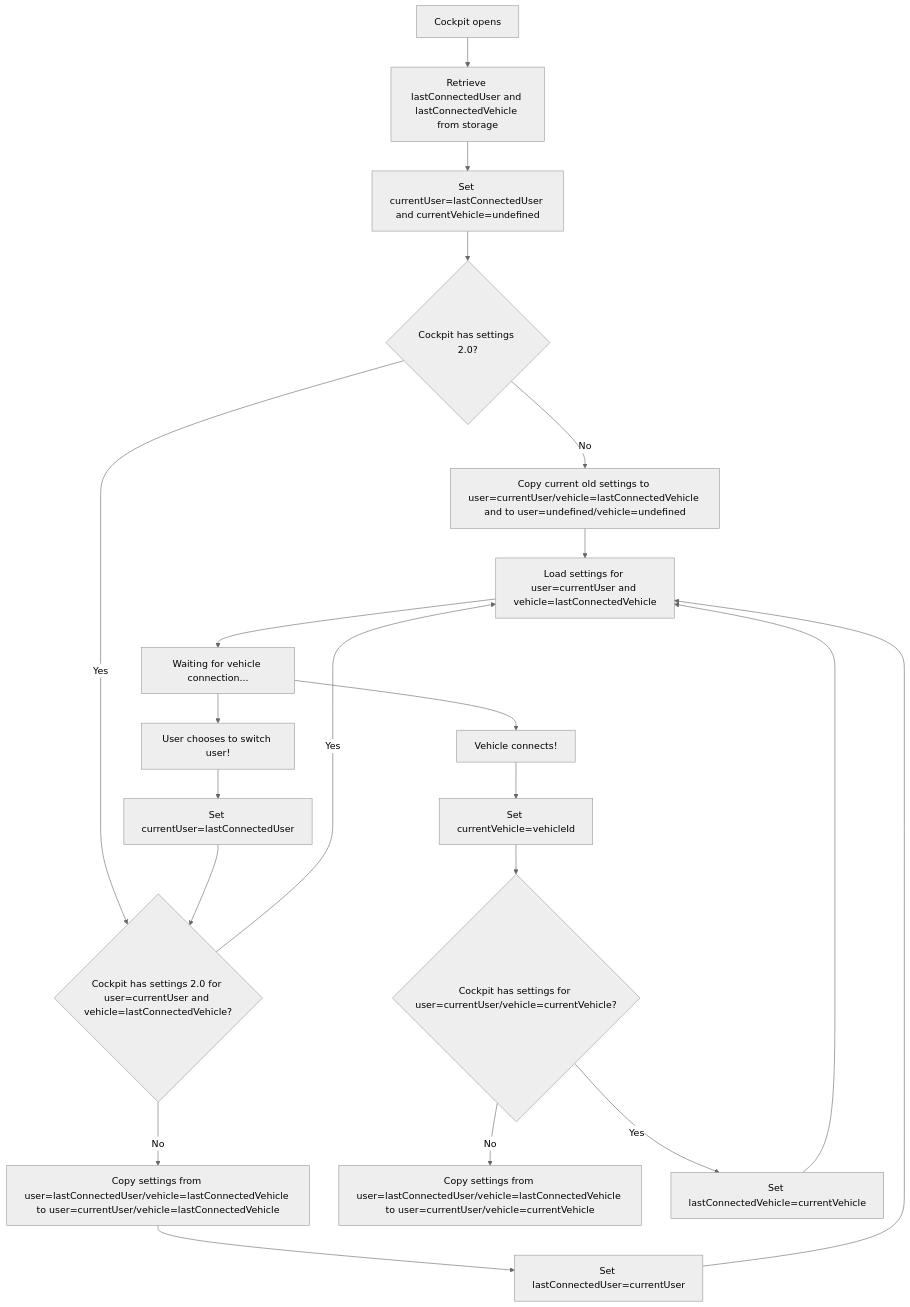
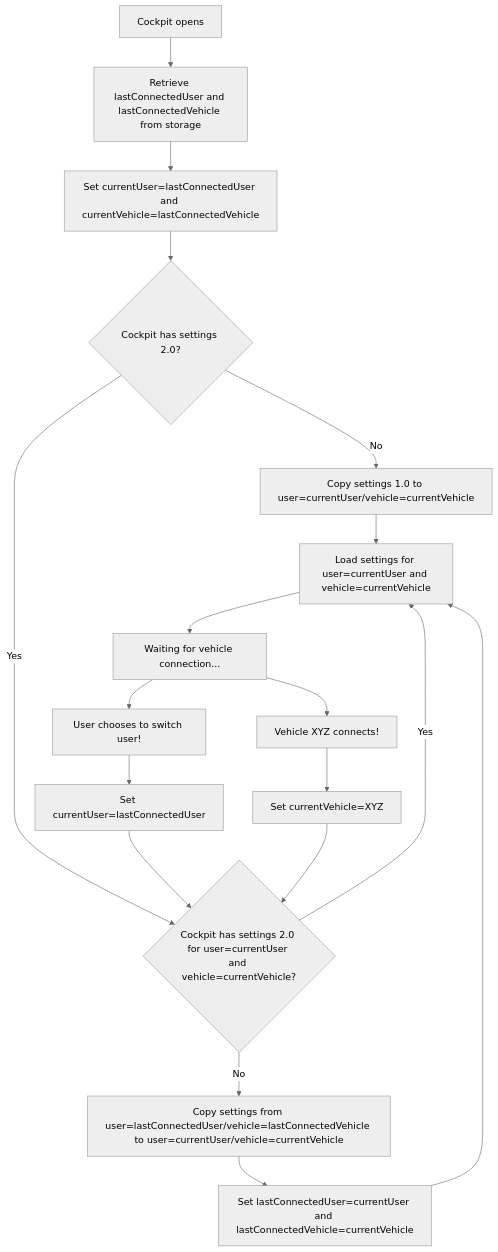
One commit to rafaellehmkuhl/cockpit-public changed the diagram in src/libs/settings-management.md. Above: the diagram before and after it, drawn with Mermaid (neutral theme).

Commit message:
getting there

````diff
--- a/src/libs/settings-management.md
+++ b/src/libs/settings-management.md
@@ -1,21 +1,19 @@
 ```mermaid
 graph TD;
     1[Cockpit opens]-->2A[Retrieve lastConnectedUser and lastConnectedVehicle from storage]
-    2A-->2B[Set currentUser=lastConnectedUser and currentVehicle=undefined]
+    2A-->2B[Set currentUser=lastConnectedUser and currentVehicle=lastConnectedVehicle]
     2B-->3{Cockpit has settings 2.0?}
-    3-->|No| 3A[Copy current old settings to user=currentUser/vehicle=lastConnectedVehicle and to user=undefined/vehicle=undefined]
-    3A-->3A1[Load settings for user=currentUser and vehicle=lastConnectedVehicle]
+    3-->|No| 3A[Copy settings 1.0 to user=currentUser/vehicle=currentVehicle]
+    3A-->3A1[Load settings for user=currentUser and vehicle=currentVehicle]
     3A1-->4[Waiting for vehicle connection...]
-    3-->|Yes| 3B{Cockpit has settings 2.0 for user=currentUser and vehicle=lastConnectedVehicle?}
-    3B-->|No| 3B1[Copy settings from user=lastConnectedUser/vehicle=lastConnectedVehicle to user=currentUser/vehicle=lastConnectedVehicle]
-    3B1-->3B1A[Set lastConnectedUser=currentUser]
+    3-->|Yes| 3B{Cockpit has settings 2.0 for user=currentUser and vehicle=currentVehicle?}
+    3B-->|No| 3B1[Copy settings from user=lastConnectedUser/vehicle=lastConnectedVehicle to user=currentUser/vehicle=currentVehicle]
+    3B1-->3B1A[Set lastConnectedUser=currentUser and lastConnectedVehicle=currentVehicle]
     3B1A-->3A1
     3B-->|Yes| 3A1
     4-->5A[User chooses to switch user!]
-    4-->5B[Vehicle connects!]
+    4-->5B[Vehicle XYZ connects!]
     5A-->5A1[Set currentUser=lastConnectedUser]-->3B
-    5B-->6[Set currentVehicle=vehicleId]
-    6-->7{Cockpit has settings for user=currentUser/vehicle=currentVehicle?}
-    7-->|No| 7A[Copy settings from user=lastConnectedUser/vehicle=lastConnectedVehicle to user=currentUser/vehicle=currentVehicle]
-    7-->|Yes| 7B[Set lastConnectedVehicle=currentVehicle]-->3A1
+    5B-->6[Set currentVehicle=XYZ]
+    6-->3B
 ```
````
